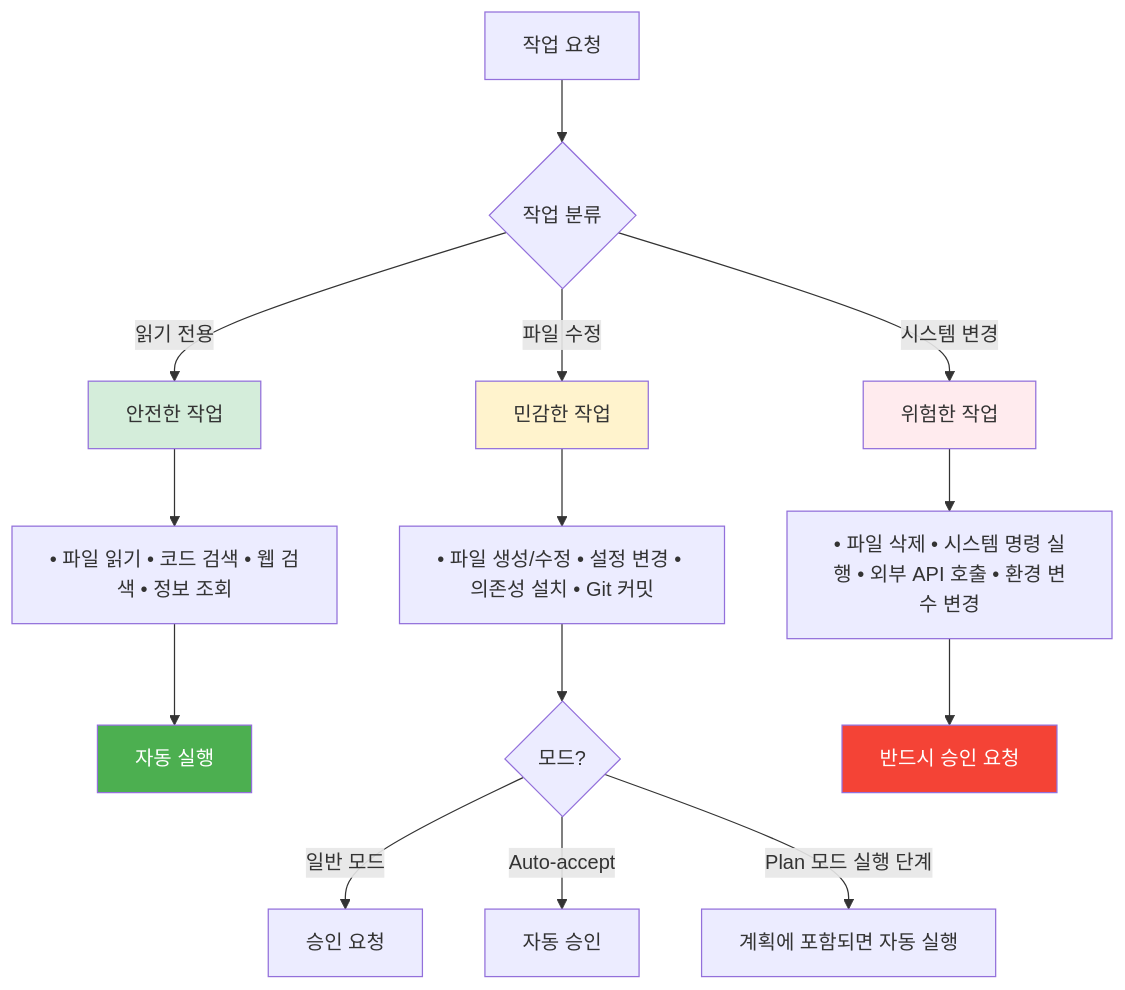
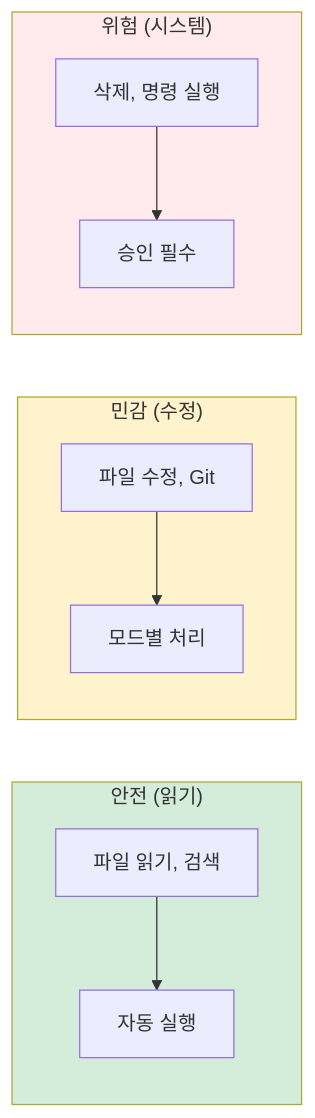
The fifth of 5 diagrams in 02-literacy/24-system.md (Kanghyeop/pages-book-agent101), drawn with Mermaid before and after one commit. The commit also changed other lines of this file and 2 other files, not shown here.

Commit message:
Mermaid TD→LR 동기화 + 네비게이션 스크립트 개선
- 15, 24, A01 파일 flowchart 수정 반영
- 이전/다음 네비게이션 안정성 향상

````diff
--- a/02-literacy/24-system.md
+++ b/02-literacy/24-system.md
@@ -221,26 +218,18 @@
 ```mermaid
-flowchart TD
-    Task[작업 요청] --> Check{작업 분류}
+flowchart LR
+    subgraph Safe["안전 (읽기)"]
+        S1["파일 읽기, 검색"] --> S2["자동 실행"]
+    end
 
-    Check -->|읽기 전용| Safe[안전한 작업]
-    Check -->|파일 수정| Medium[민감한 작업]
-    Check -->|시스템 변경| Danger[위험한 작업]
+    subgraph Medium["민감 (수정)"]
+        M1["파일 수정, Git"] --> M2["모드별 처리"]
+    end
 
-    Safe --> SafeList["• 파일 읽기 • 코드 검색 • 웹 검색 • 정보 조회"]
-    Medium --> MediumList["• 파일 생성/수정 • 설정 변경 • 의존성 설치 • Git 커밋"]
-    Danger --> DangerList["• 파일 삭제 • 시스템 명령 실행 • 외부 API 호출 • 환경 변수 변경"]
-
-    SafeList --> AutoSafe[자동 실행]
-    MediumList --> ModeCheck{모드?}
-    DangerList --> AlwaysAsk[반드시 승인 요청]
-
-    ModeCheck -->|일반 모드| AskMedium[승인 요청]
-    ModeCheck -->|Auto-accept| AutoMedium[자동 승인]
-    ModeCheck -->|Plan 모드 실행 단계| AutoMediumPlan[계획에 포함되면 자동 실행]
+    subgraph Danger["위험 (시스템)"]
+        D1["삭제, 명령 실행"] --> D2["승인 필수"]
+    end
 
     style Safe fill:#D4EDDA
     style Medium fill:#FFF3CD
     style Danger fill:#FFEBEE
-    style AutoSafe fill:#4caf50,color:#fff
-    style AlwaysAsk fill:#f44336,color:#fff
 ```
````
